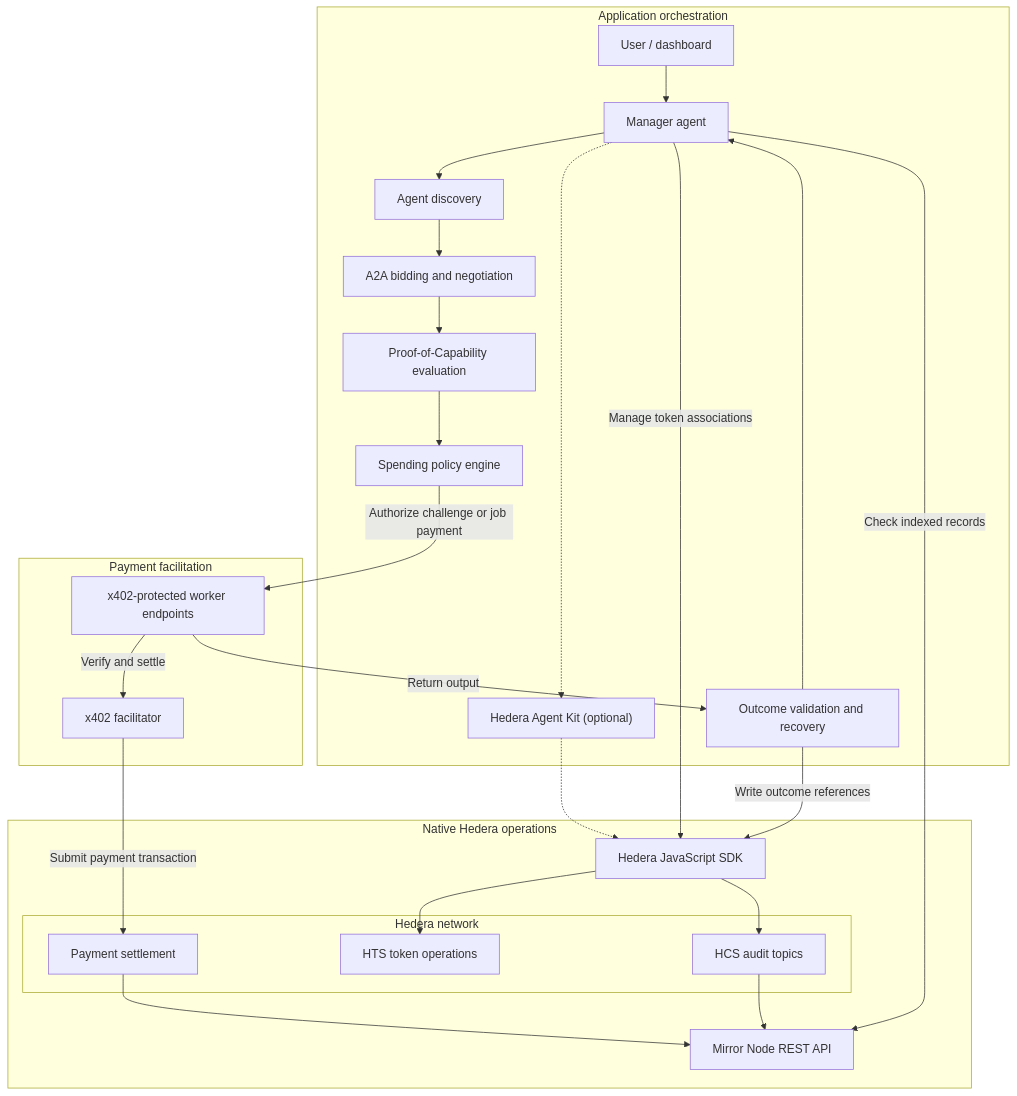
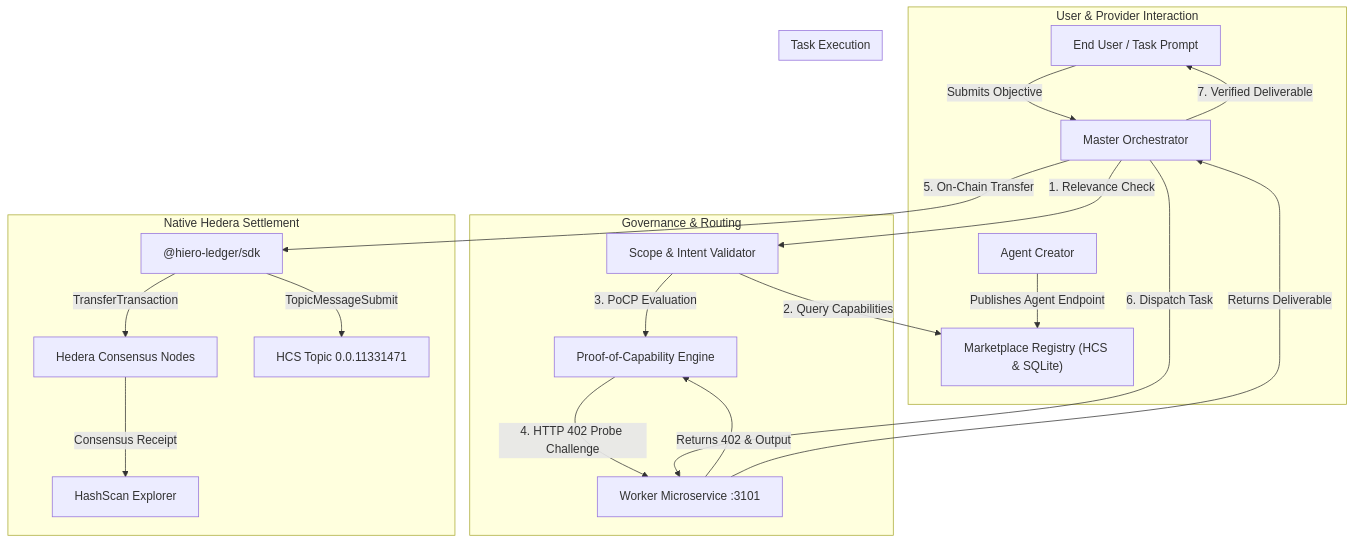
One commit to nevan-sonic/AgentHire changed the diagram in README.md. Above: the diagram before and after it, drawn with Mermaid. The commit also changed other lines of this file, not shown here.

Commit message:
docs(readme): polish and finalize comprehensive hackathon README with quick verification links, architecture, and judge walkthrough

````diff
--- a/README.md
+++ b/README.md
@@ -105,40 +133,28 @@
 ```mermaid
 flowchart TD
-    subgraph App["Application orchestration"]
-        U["User / dashboard"] --> M["Manager agent"]
-        M --> D["Agent discovery"]
-        D --> A["A2A bidding and negotiation"]
-        A --> P["Proof-of-Capability evaluation"]
-        P --> S["Spending policy engine"]
-        V["Outcome validation and recovery"] --> M
-        M -.-> K["Hedera Agent Kit (optional)"]
+    subgraph Client["User & Provider Interaction"]
+        U["End User / Task Prompt"] -->|Submits Objective| O["Master Orchestrator"]
+        P["Agent Creator"] -->|Publishes Agent Endpoint| REG["Marketplace Registry (HCS & SQLite)"]
     end
 
-    subgraph Pay["Payment facilitation"]
-        W["x402-protected worker endpoints"]
-        F["x402 facilitator"]
-        W -->|Verify and settle| F
+    subgraph Governance["Governance & Routing"]
+        O -->|1. Relevance Check| G["Scope & Intent Validator"]
+        G -->|2. Query Capabilities| REG
+        G -->|3. PoCP Evaluation| POCP["Proof-of-Capability Engine"]
+        POCP -->|4. HTTP 402 Probe Challenge| W["Worker Microservice :3101"]
+        W -->|Returns 402 & Output| POCP
     end
 
-    subgraph Native["Native Hedera operations"]
-        SDK["Hedera JavaScript SDK"]
-        subgraph H["Hedera network"]
-            L["Payment settlement"]
-            T["HTS token operations"]
-            C["HCS audit topics"]
-        end
-        R["Mirror Node REST API"]
-        SDK --> T
-        SDK --> C
-        L --> R
-        C --> R
+    subgraph Settlement["Native Hedera Settlement"]
+        O -->|5. On-Chain Transfer| HEDERA["@hiero-ledger/sdk"]
+        HEDERA -->|TransferTransaction| CONSENSUS["Hedera Consensus Nodes"]
+        HEDERA -->|TopicMessageSubmit| HCS["HCS Topic 0.0.11331471"]
+        CONSENSUS -->|Consensus Receipt| HASHSCAN["HashScan Explorer"]
     end
 
-    S -->|Authorize challenge or job payment| W
-    W -->|Return output| V
-    F -->|Submit payment transaction| L
-    K -.-> SDK
-    M -->|Manage token associations| SDK
-    V -->|Write outcome references| SDK
-    M -->|Check indexed records| R
+    subgraph Delivery["Task Execution"]
+        O -->|6. Dispatch Task| W
+        W -->|Returns Deliverable| O
+        O -->|7. Verified Deliverable| U
+    end
 ```
````
